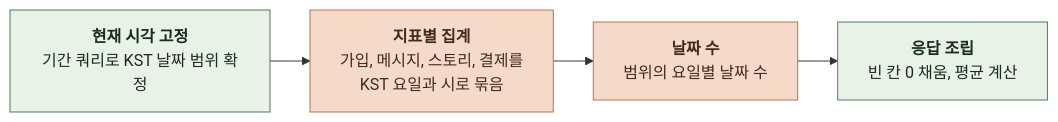
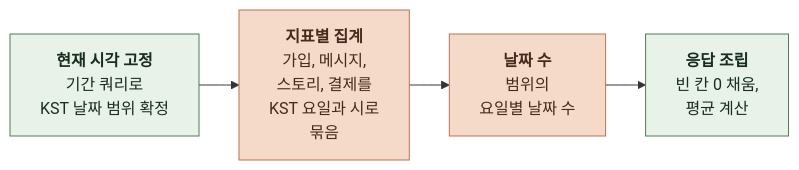
Diagram 22 of 22 in docs/domain/ADMIN/BACKEND/4-1-PIPELINES.md (KIM-N-KANG/knk-harness), drawn with Mermaid before and after one commit. The commit also changed 8 other files, not shown here.

````diff
--- a/docs/domain/ADMIN/BACKEND/4-1-PIPELINES.md
+++ b/docs/domain/ADMIN/BACKEND/4-1-PIPELINES.md
@@ -1001,16 +1001,21 @@
 ```mermaid
 %%{init: {"flowchart": {"curve": "basis", "nodeSpacing": 24, "rankSpacing": 40}}}%%
 flowchart LR
     A["`**현재 시각 고정**
-기간 쿼리로 KST 날짜 범위 확정`"] --> B["`**지표별 집계**
-가입, 메시지, 스토리, 결제를
-KST 요일과 시로 묶음`"]
+기간 쿼리로
+KST 날짜 범위 확정`"] --> B["`**지표별 집계**
+가입, 메시지,
+스토리, 결제를
+KST 요일과 시로
+묶음`"]
     B --> C["`**날짜 수**
-범위의 요일별 날짜 수`"]
+범위의
+요일별 날짜 수`"]
     C --> D["`**응답 조립**
-빈 칸 0 채움, 평균 계산`"]
+빈 칸 0 채움,
+평균 계산`"]
     classDef comp fill:#E8F2E8,stroke:#527A59,color:#182D1D
     classDef task fill:#F5D9C9,stroke:#B97450,color:#452B1D
     class A,D comp
     class B,C task
 ```
````
